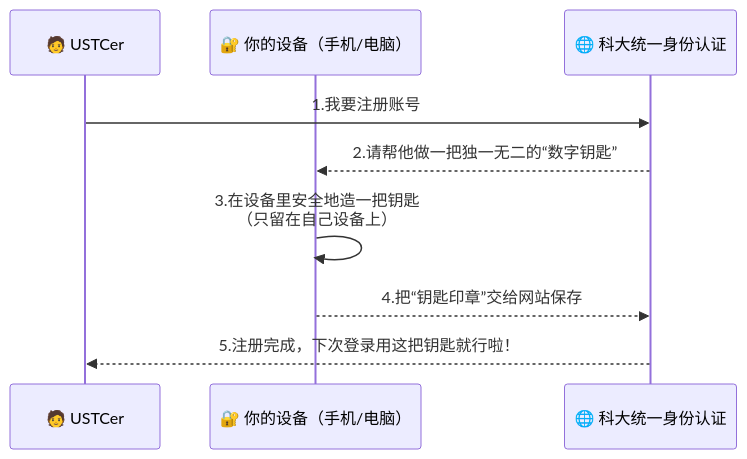
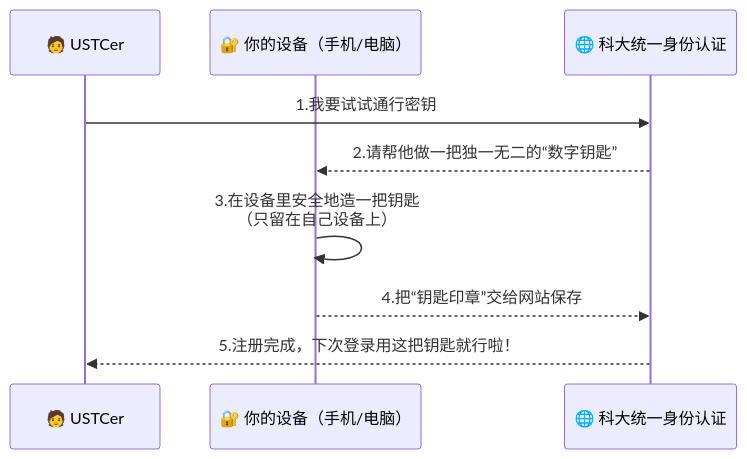
Before and after one commit to wf0229/id_doc: the first of 3 diagrams in docs/passkey.md, drawn with Mermaid. The commit also changed other lines of this file, not shown here.

````diff
--- a/docs/passkey.md
+++ b/docs/passkey.md
@@ -6,12 +6,12 @@
 ```mermaid
 sequenceDiagram
     participant U as 🧑 USTCer
     participant D as 🔐 你的设备（手机/电脑）
     participant P as 🌐 科大统一身份认证
 
-    U->>P: 1.我要注册账号
+    U->>P: 1.我要试试通行密钥
     P-->>D: 2.请帮他做一把独一无二的“数字钥匙”
     D->>D: 3.在设备里安全地造一把钥匙<br/>（只留在自己设备上）
     D-->>P: 4.把“钥匙印章”交给网站保存
     P-->>U: 5.注册完成，下次登录用这把钥匙就行啦！
 ```
````
